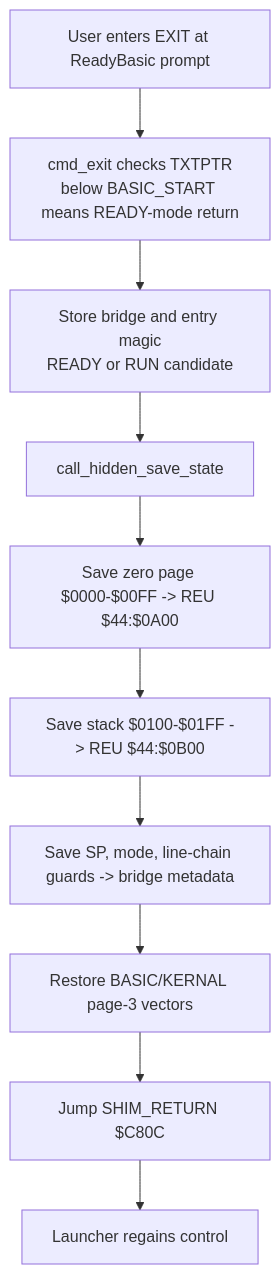
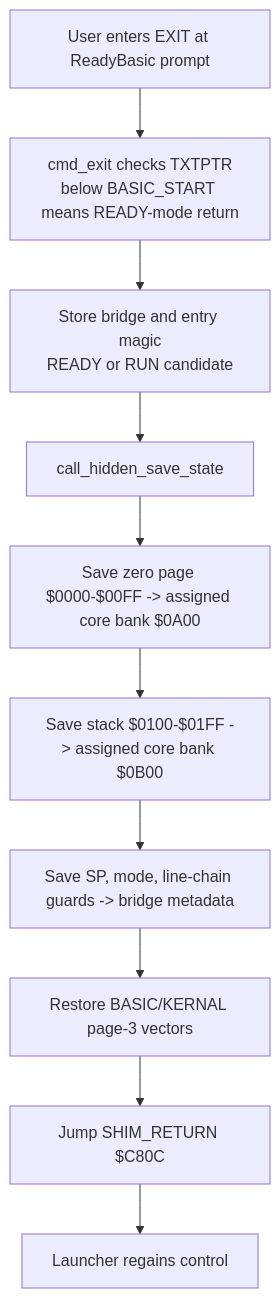
One commit to 123Onetwothree123/6502 changed the sixth of 8 diagrams in src/apps/readybasic/READYBASIC_LIFECYCLE_AND_REU_ARCHITECTURE.md. Above: the diagram before and after it, drawn with Mermaid. The commit also changed other lines of this file and 19 other files, not shown here.

````diff
--- a/src/apps/readybasic/READYBASIC_LIFECYCLE_AND_REU_ARCHITECTURE.md
+++ b/src/apps/readybasic/READYBASIC_LIFECYCLE_AND_REU_ARCHITECTURE.md
@@ -447,15 +449,15 @@
 ```mermaid
 flowchart TD
   X["User enters EXIT at ReadyBasic prompt"]
   D["cmd_exit checks TXTPTR<br/>below BASIC_START means READY-mode return"]
   M["Store bridge and entry magic<br/>READY or RUN candidate"]
   S["call_hidden_save_state"]
-  Z["Save zero page $0000-$00FF -> REU $44:$0A00"]
-  ST["Save stack $0100-$01FF -> REU $44:$0B00"]
+  Z["Save zero page $0000-$00FF -> assigned core bank $0A00"]
+  ST["Save stack $0100-$01FF -> assigned core bank $0B00"]
   META["Save SP, mode, line-chain guards -> bridge metadata"]
   V["Restore BASIC/KERNAL page-3 vectors"]
   SHIM["Jump SHIM_RETURN $C80C"]
   L["Launcher regains control"]
 
   X --> D --> M --> S --> Z --> ST --> META --> V --> SHIM --> L
 ```
````
